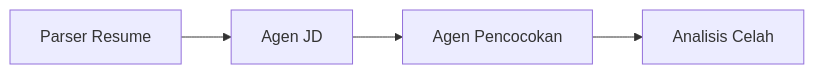
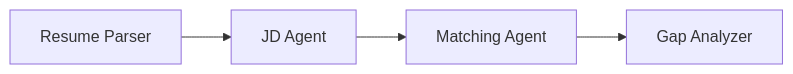
Before and after one commit to microsoft-foundry/Foundry_Toolkit_for_VSCode_Lab: the first of 2 diagrams in translations/id/workshop/lab02-multi-agent/docs/04-orchestration-patterns.md, drawn with Mermaid. The commit also changed other lines of this file and 73 other files, not shown here.

````diff
--- a/translations/id/workshop/lab02-multi-agent/docs/04-orchestration-patterns.md
+++ b/translations/id/workshop/lab02-multi-agent/docs/04-orchestration-patterns.md
@@ -13,6 +13,6 @@
 ```mermaid
 flowchart LR
-    RP[Parser Resume] --> JD[Agen JD]
-    JD --> MA[Agen Pencocokan]
-    MA --> GA[Analisis Celah]
+    RP[Resume Parser] --> JD[JD Agent]
+    JD --> MA[Matching Agent]
+    MA --> GA[Gap Analyzer]
 ```
````
